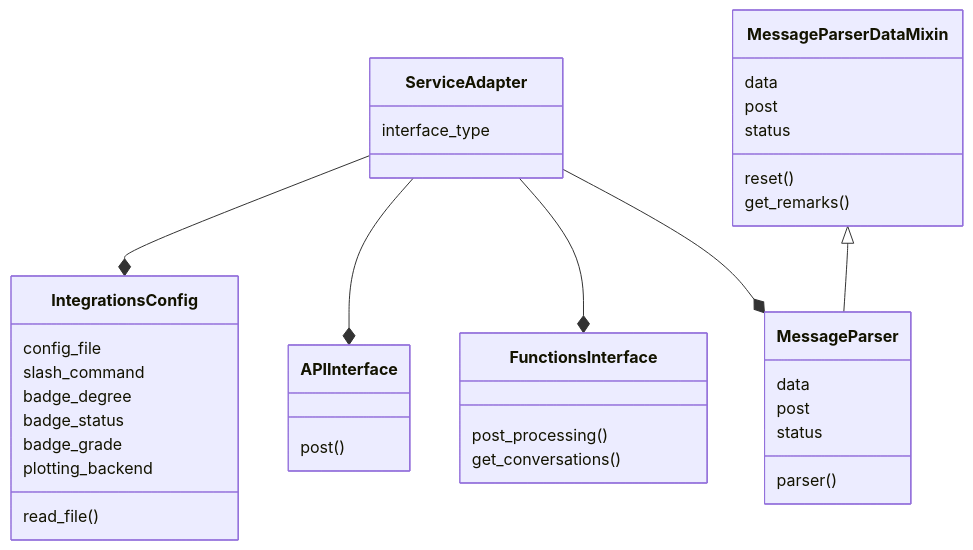
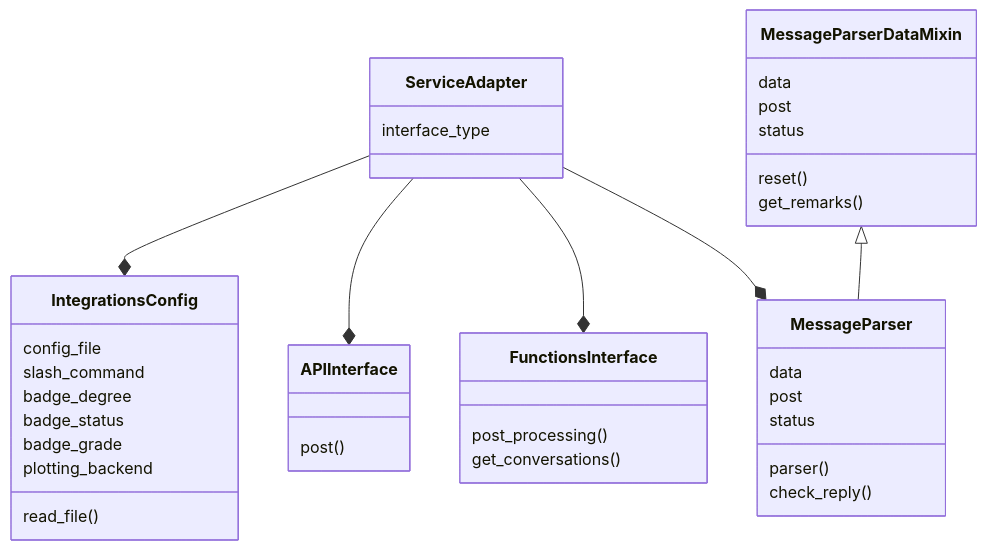
One commit to togakushi/mahjong-score-management changed the diagram in docs/manual/source/development/architecture/adapter.rst. Above: the diagram before and after it, drawn with Mermaid. The commit also changed 7 other files, not shown here.

Commit message:
feat: Implement check_reply method in MessageParser and related classes for improved message handling

```diff
--- a/docs/manual/source/development/architecture/adapter.rst
+++ b/docs/manual/source/development/architecture/adapter.rst
@@ -18,39 +18,41 @@
 .. mermaid::
 
    classDiagram
        class ServiceAdapter
            ServiceAdapter : interface_type
            ServiceAdapter --* IntegrationsConfig
            ServiceAdapter --* APIInterface
            ServiceAdapter --* FunctionsInterface
            ServiceAdapter --* MessageParser
 
        class IntegrationsConfig
            IntegrationsConfig : config_file
            IntegrationsConfig : slash_command
            IntegrationsConfig : badge_degree
            IntegrationsConfig : badge_status
            IntegrationsConfig : badge_grade
            IntegrationsConfig : plotting_backend
            IntegrationsConfig : read_file()
 
        class APIInterface
            APIInterface : post()
 
        class FunctionsInterface
            FunctionsInterface : post_processing()
            FunctionsInterface : get_conversations()
 
        class MessageParser
            MessageParser : data
            MessageParser : post
            MessageParser : status
            MessageParser : parser()
+           MessageParser : check_reply()
+
 
        class MessageParserDataMixin
            MessageParserDataMixin <|-- MessageParser
            MessageParserDataMixin : data
            MessageParserDataMixin : post
            MessageParserDataMixin : status
            MessageParserDataMixin : reset()
            MessageParserDataMixin : get_remarks()
```
